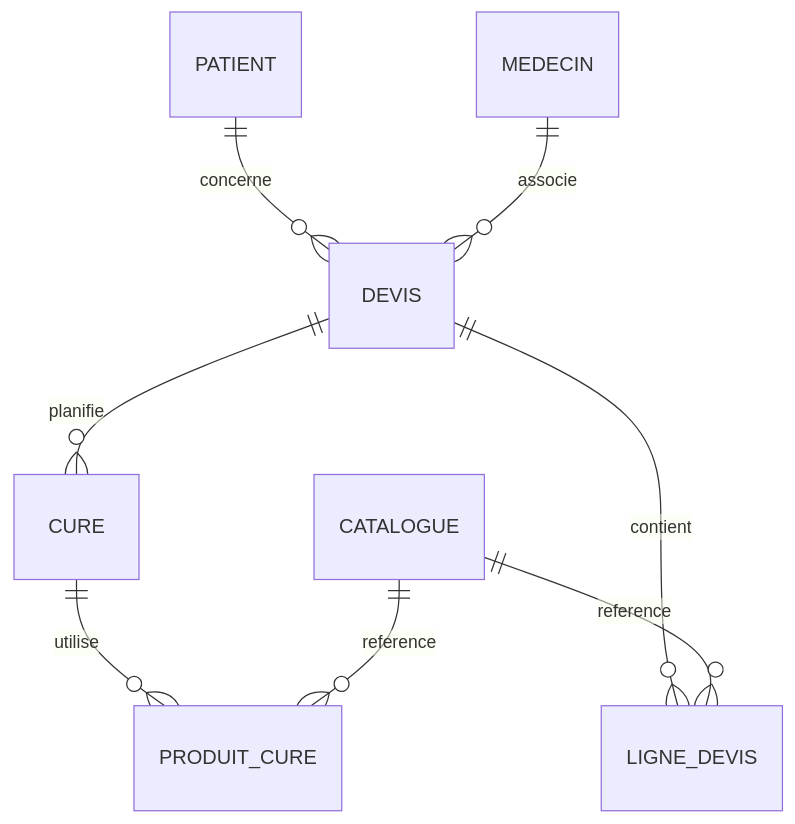
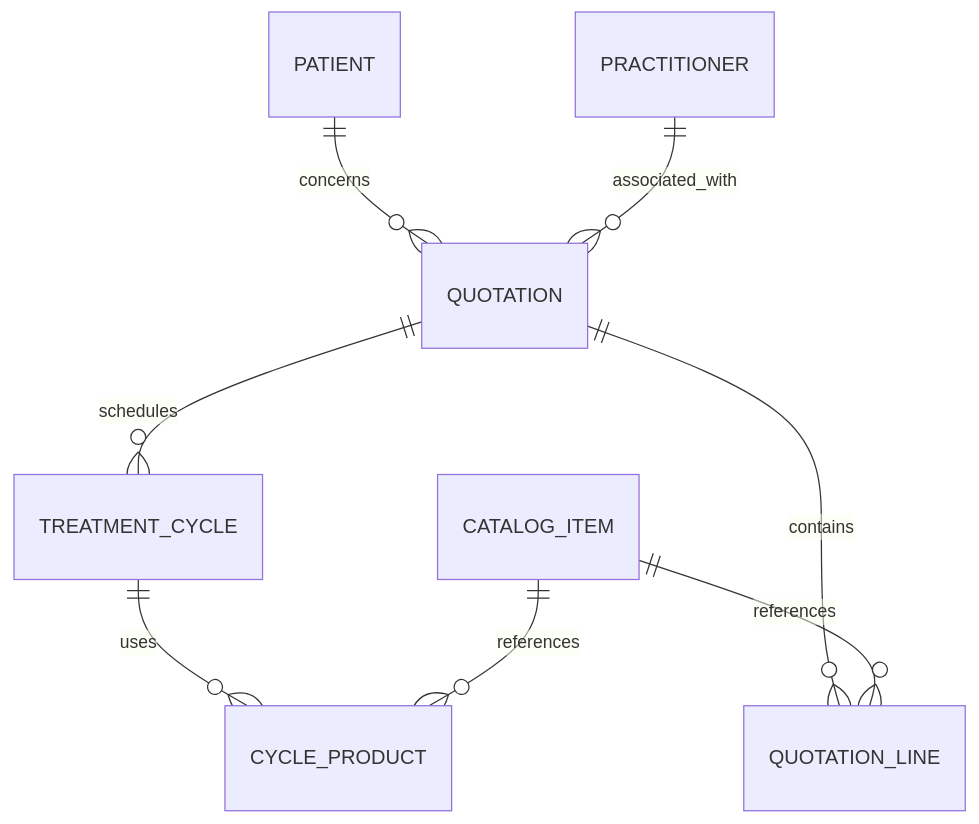
Before and after one commit to KhaledZouari/pfe-clinisys-devis-cures: the third of 5 diagrams in docs/architecture.md, drawn with Mermaid. The commit also changed other lines of this file and 6 other files, not shown here.

````diff
--- a/docs/architecture.md
+++ b/docs/architecture.md
@@ -47,10 +63,10 @@
 ```mermaid
 erDiagram
-    PATIENT ||--o{ DEVIS : concerne
-    MEDECIN ||--o{ DEVIS : associe
-    DEVIS ||--o{ CURE : planifie
-    DEVIS ||--o{ LIGNE_DEVIS : contient
-    CURE ||--o{ PRODUIT_CURE : utilise
-    CATALOGUE ||--o{ LIGNE_DEVIS : reference
-    CATALOGUE ||--o{ PRODUIT_CURE : reference
+    PATIENT ||--o{ QUOTATION : concerns
+    PRACTITIONER ||--o{ QUOTATION : associated_with
+    QUOTATION ||--o{ TREATMENT_CYCLE : schedules
+    QUOTATION ||--o{ QUOTATION_LINE : contains
+    TREATMENT_CYCLE ||--o{ CYCLE_PRODUCT : uses
+    CATALOG_ITEM ||--o{ QUOTATION_LINE : references
+    CATALOG_ITEM ||--o{ CYCLE_PRODUCT : references
 ```
````
